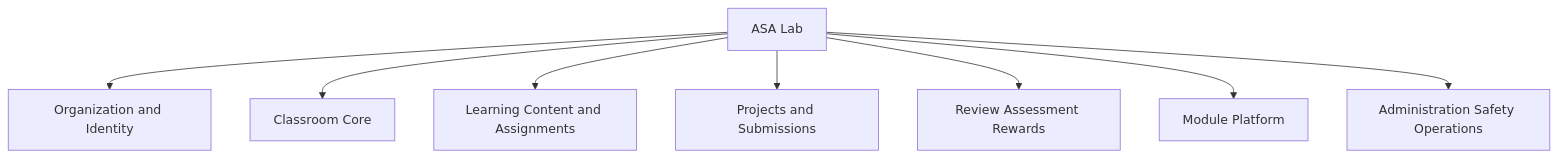
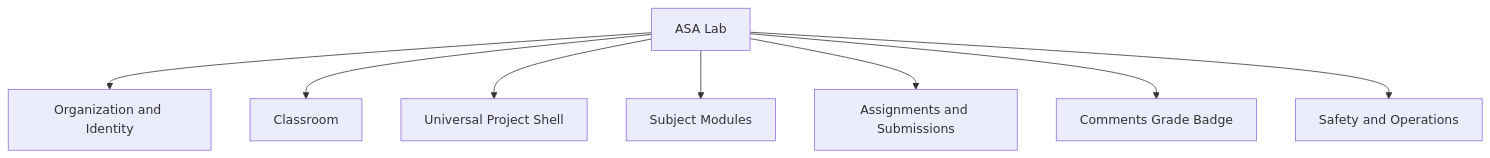
One commit to spikeal8-maker/asa-lab changed the first of 13 diagrams in docs/product/CAPABILITY_MAP.md. Above: the diagram before and after it, drawn with Mermaid. The commit also changed other lines of this file, not shown here.

````diff
--- a/docs/product/CAPABILITY_MAP.md
+++ b/docs/product/CAPABILITY_MAP.md
@@ -7,19 +7,19 @@
 ```mermaid
 flowchart TB
     ASA[ASA Lab]
     ORG[Organization and Identity]
-    CLASS[Classroom Core]
-    LEARN[Learning Content and Assignments]
-    PROJ[Projects and Submissions]
-    ASSESS[Review Assessment Rewards]
-    MOD[Module Platform]
-    OPS[Administration Safety Operations]
+    CLASS[Classroom]
+    PROJECT[Universal Project Shell]
+    MODULES[Subject Modules]
+    LEARNING[Assignments and Submissions]
+    REVIEW[Comments Grade Badge]
+    OPS[Safety and Operations]
 
     ASA --> ORG
     ASA --> CLASS
-    ASA --> LEARN
-    ASA --> PROJ
-    ASA --> ASSESS
-    ASA --> MOD
+    ASA --> PROJECT
+    ASA --> MODULES
+    ASA --> LEARNING
+    ASA --> REVIEW
     ASA --> OPS
 ```
````
